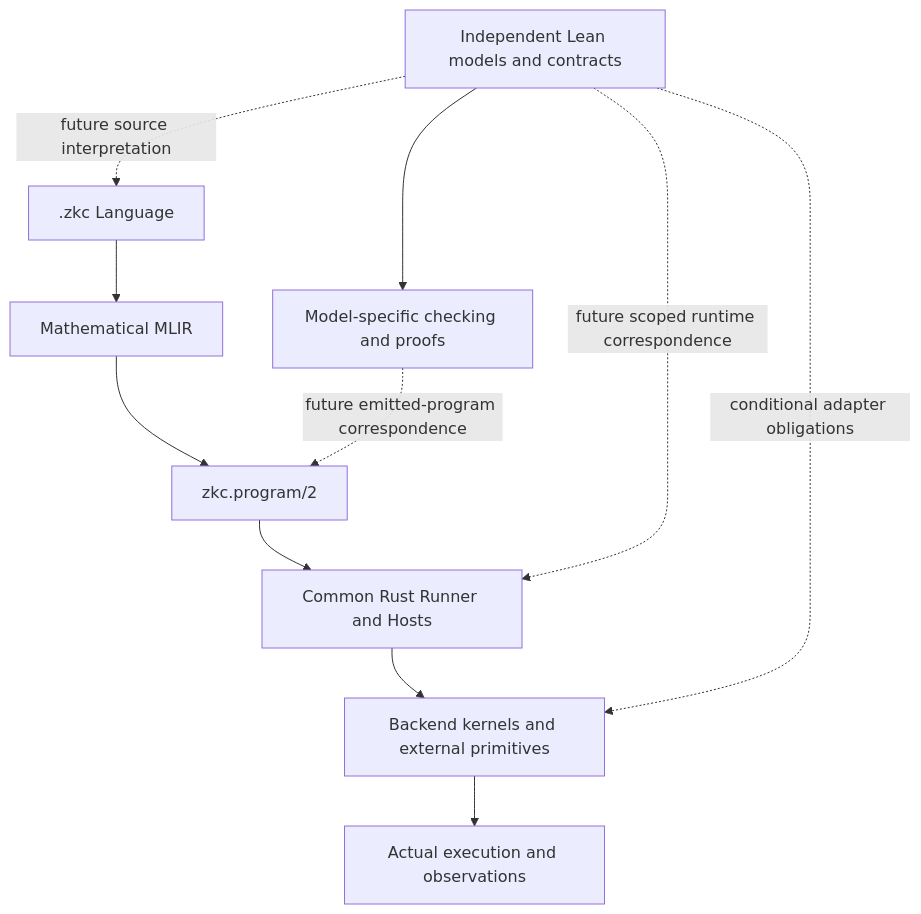
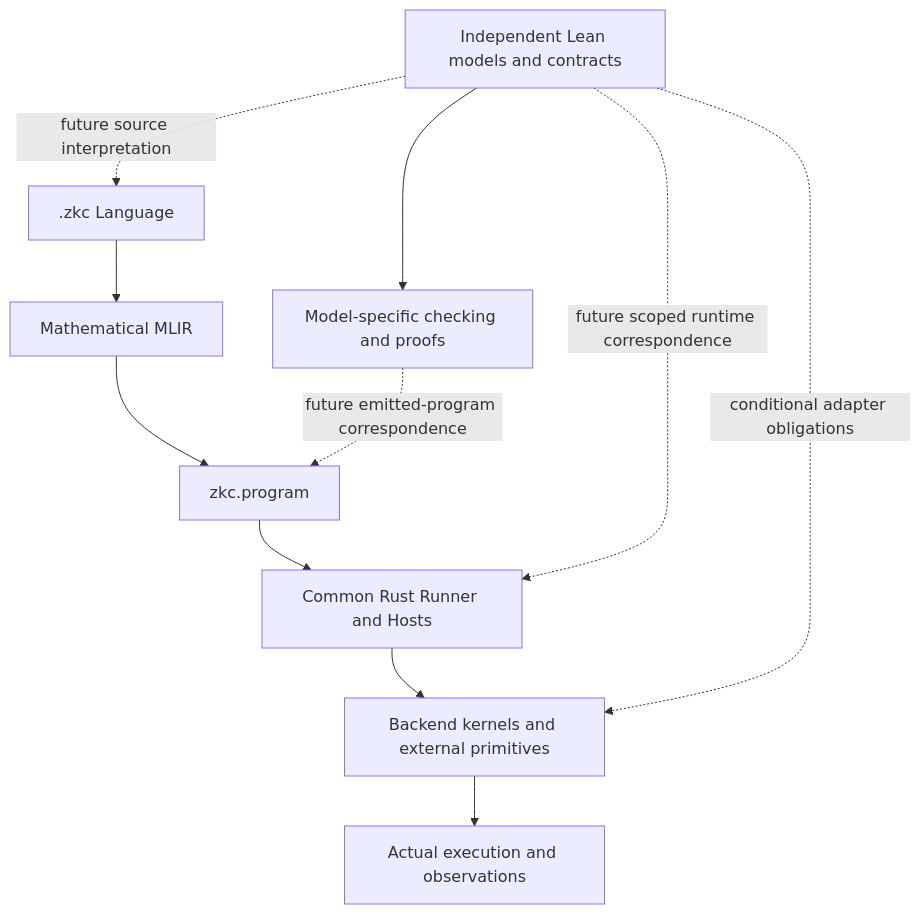
Before and after one commit to zkcompiler/zkc: the diagram in formal/design/verification-map.md, drawn with Mermaid. The commit also changed other lines of this file and 325 other files, not shown here.

Commit message:
refactor: keep native artifacts on one current schema

````diff
--- a/formal/design/verification-map.md
+++ b/formal/design/verification-map.md
@@ -36,13 +36,13 @@
 ```mermaid
 flowchart TD
   U[.zkc Language] --> M[Mathematical MLIR]
-  M --> C[zkc.program/2]
+  M --> C[zkc.program]
   C --> R[Common Rust Runner and Hosts]
   R --> B[Backend kernels and external primitives]
   B --> X[Actual execution and observations]
   L[Independent Lean models and contracts] --> K[Model-specific checking and proofs]
   L -. future source interpretation .-> U
   K -. future emitted-program correspondence .-> C
   L -. future scoped runtime correspondence .-> R
   L -. conditional adapter obligations .-> B
 ```
````
